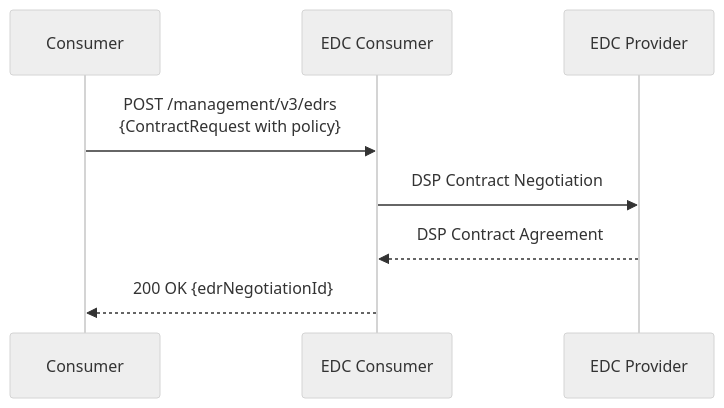
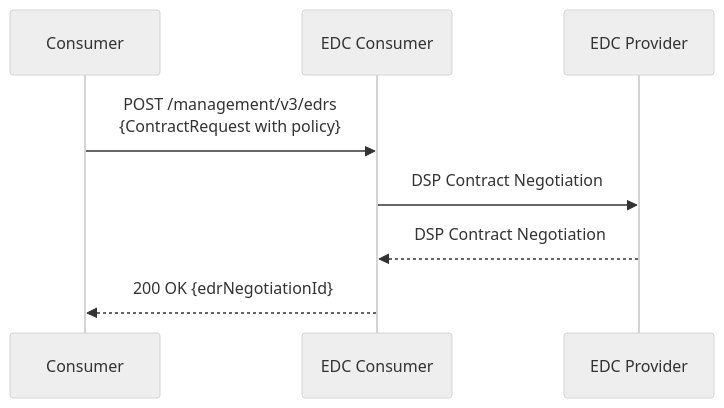
The fifth of 8 diagrams in scripts/README.md (borrmann-dev/construct-x-edge-k8s), drawn with Mermaid (neutral theme) before and after one commit. The commit also changed other lines of this file, not shown here.

````diff
--- a/scripts/README.md
+++ b/scripts/README.md
@@ -97,11 +97,11 @@
 ```mermaid
 sequenceDiagram
     participant Consumer
     participant EDC_Consumer as EDC Consumer
     participant EDC_Provider as EDC Provider
 
     Consumer->>EDC_Consumer: POST /management/v3/edrs<br/>{ContractRequest with policy}
     EDC_Consumer->>EDC_Provider: DSP Contract Negotiation
-    EDC_Provider-->>EDC_Consumer: DSP Contract Agreement
+    EDC_Provider-->>EDC_Consumer: DSP Contract Negotiation
     EDC_Consumer-->>Consumer: 200 OK {edrNegotiationId}
 ```
````
